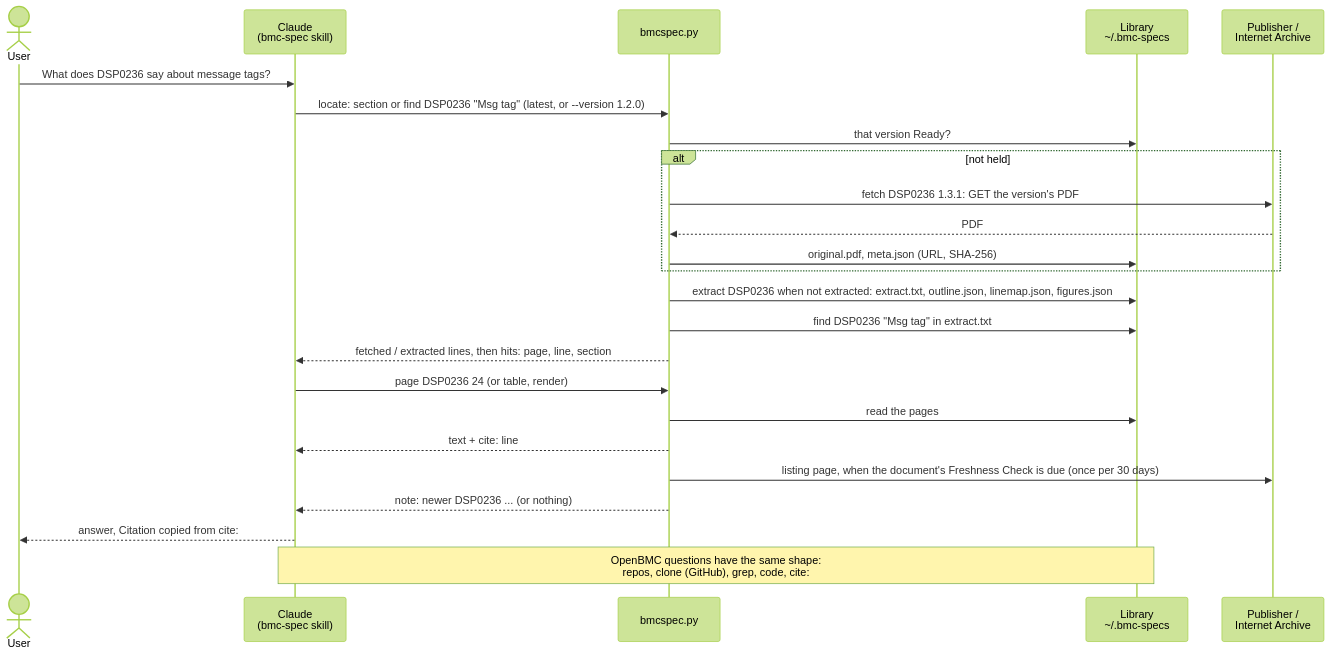
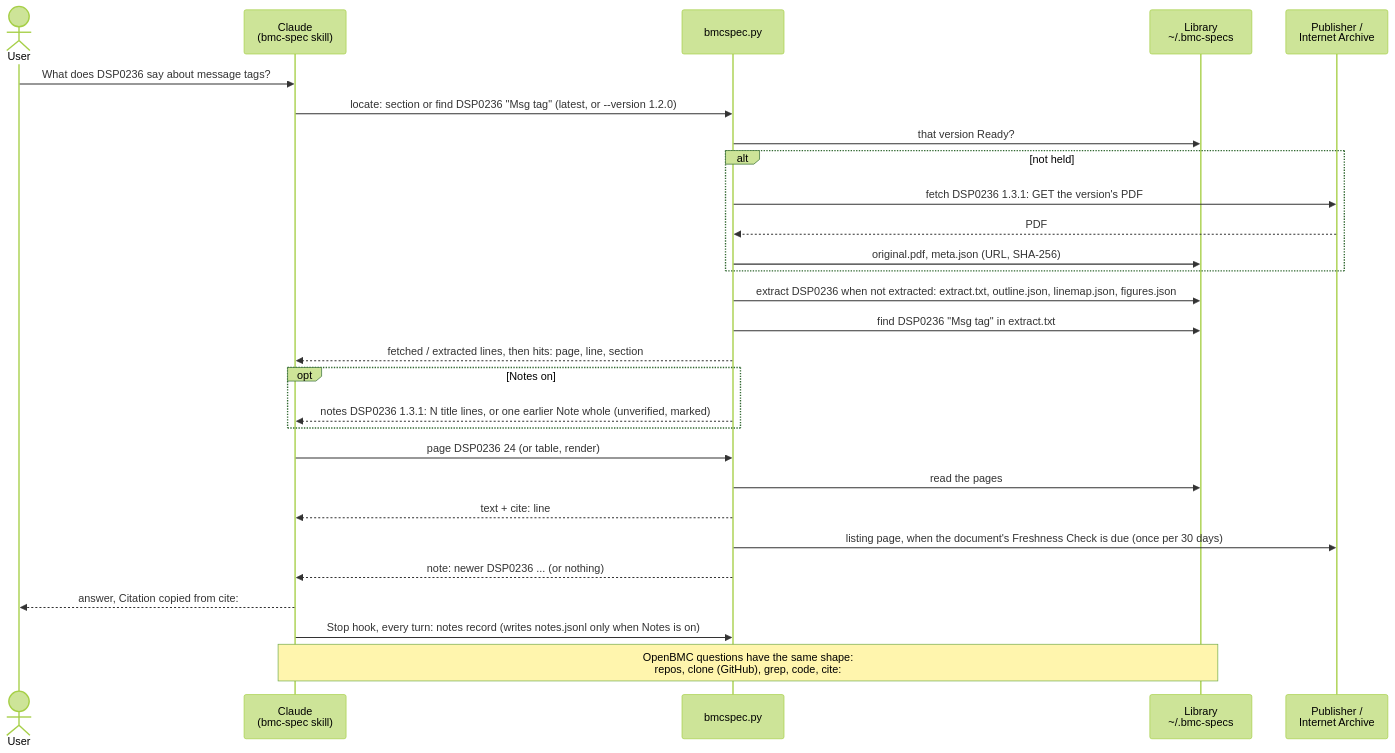
One commit to ianmhuang/bmc-toolkit changed the second of 2 diagrams in README.md. Above: the diagram before and after it, drawn with Mermaid (forest theme). The commit also changed other lines of this file and 2 other files, not shown here.

````diff
--- a/README.md
+++ b/README.md
@@ -60,27 +81,30 @@
 ```mermaid
 sequenceDiagram
     actor User
     participant Claude as Claude<br/>(bmc-spec skill)
     participant CLI as bmcspec.py
     participant Lib as Library<br/>~/.bmc-specs
     participant Pub as Publisher /<br/>Internet Archive
-
     User->>Claude: What does DSP0236 say about message tags?
     Claude->>CLI: locate: section or find DSP0236 "Msg tag" (latest, or --version 1.2.0)
     CLI->>Lib: that version Ready?
     alt not held
         CLI->>Pub: fetch DSP0236 1.3.1: GET the version's PDF
         Pub-->>CLI: PDF
         CLI->>Lib: original.pdf, meta.json (URL, SHA-256)
     end
     CLI->>Lib: extract DSP0236 when not extracted: extract.txt, outline.json, linemap.json, figures.json
     CLI->>Lib: find DSP0236 "Msg tag" in extract.txt
     CLI-->>Claude: fetched / extracted lines, then hits: page, line, section
+    opt Notes on
+        CLI-->>Claude: notes DSP0236 1.3.1: N title lines, or one earlier Note whole (unverified, marked)
+    end
     Claude->>CLI: page DSP0236 24 (or table, render)
     CLI->>Lib: read the pages
     CLI-->>Claude: text + cite: line
     CLI->>Pub: listing page, when the document's Freshness Check is due (once per 30 days)
     CLI-->>Claude: note: newer DSP0236 ... (or nothing)
     Claude-->>User: answer, Citation copied from cite:
+    Claude->>CLI: Stop hook, every turn: notes record (writes notes.jsonl only when Notes is on)
     Note over Claude,Lib: OpenBMC questions have the same shape:<br/>repos, clone (GitHub), grep, code, cite:
 ```
````
